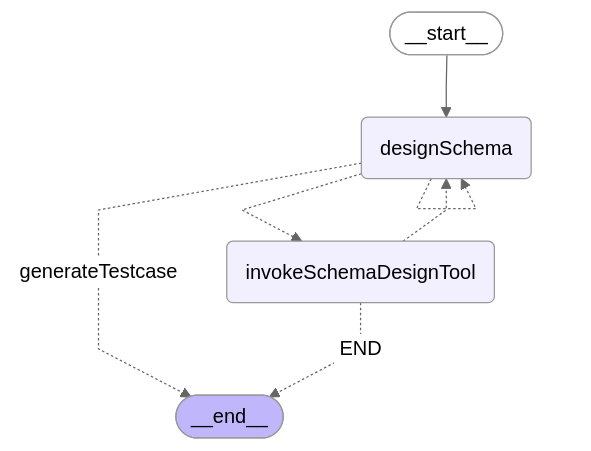
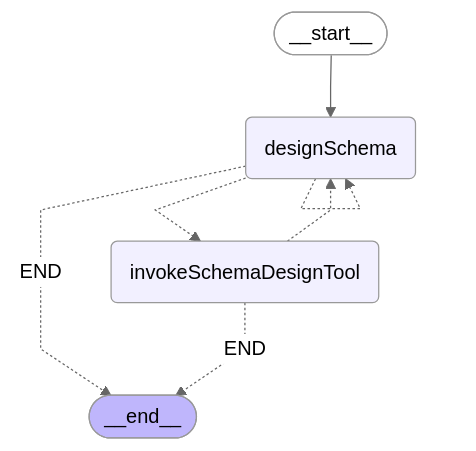
One commit to yzkee/liam changed the fourth of 6 diagrams in frontend/internal-packages/agent/README.md. Above: the diagram before and after it, drawn with Mermaid (neutral theme). The commit also changed 3 other files, not shown here.

First line of the commit message:
♻️ Remove misleading generateTestcase label from DB Agent

````diff
--- a/frontend/internal-packages/agent/README.md
+++ b/frontend/internal-packages/agent/README.md
@@ -169,17 +169,17 @@
 ```mermaid
 %%{init: {'flowchart': {'curve': 'linear'}}}%%
 graph TD;
 	__start__([<p>__start__</p>]):::first
 	designSchema(designSchema)
 	invokeSchemaDesignTool(invokeSchemaDesignTool)
 	__end__([<p>__end__</p>]):::last
 	__start__ --> designSchema;
 	designSchema -.-> invokeSchemaDesignTool;
-	designSchema -. &nbsp;generateTestcase&nbsp; .-> __end__;
+	designSchema -. &nbsp;END&nbsp; .-> __end__;
 	invokeSchemaDesignTool -. &nbsp;END&nbsp; .-> __end__;
 	invokeSchemaDesignTool -.-> designSchema;
 	designSchema -.-> designSchema;
 	classDef default fill:#f2f0ff,line-height:1.2;
 	classDef first fill-opacity:0;
 	classDef last fill:#bfb6fc;
 ```
````
